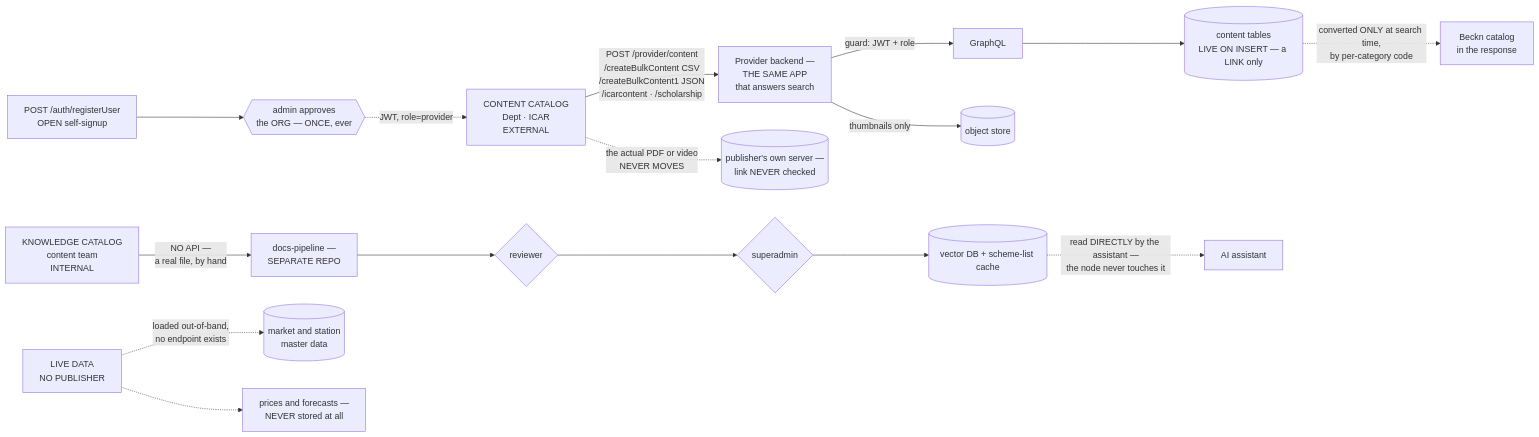
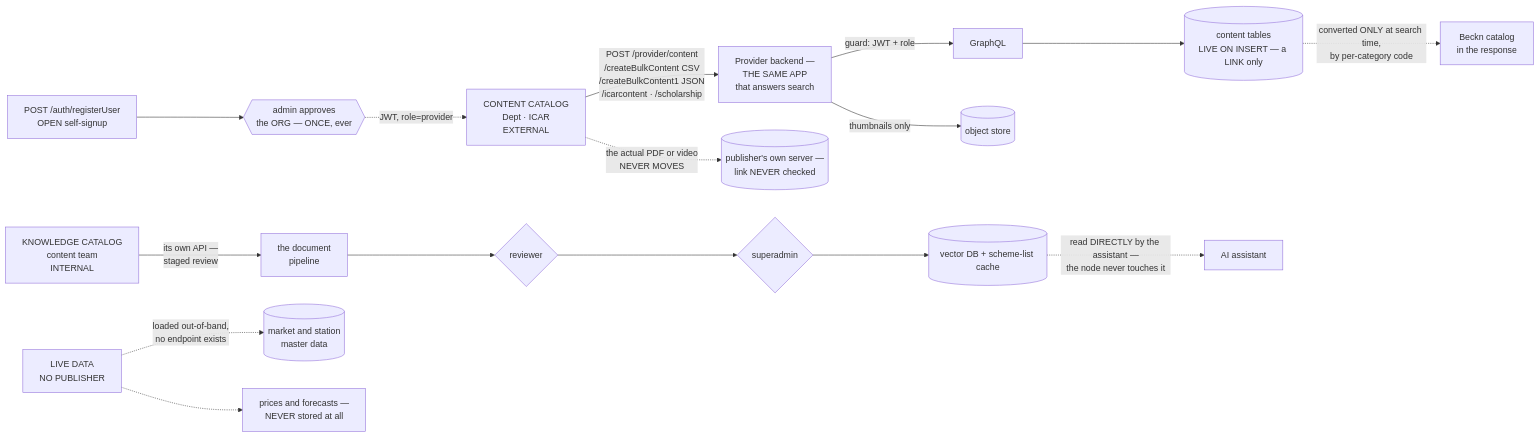
One commit to manjudr/documents changed the first of 10 diagrams in ARCHITECTURE.md. Above: the diagram before and after it, drawn with Mermaid. The commit also changed other lines of this file, not shown here.

First line of the commit message:
Correct the knowledge-catalog publish path: it has a full API

````diff
--- a/ARCHITECTURE.md
+++ b/ARCHITECTURE.md
@@ -199,19 +201,19 @@
 ```mermaid
 graph LR
   REG["POST /auth/registerUser<br/>OPEN self-signup"] --> ADM{{"admin approves<br/>the ORG — ONCE, ever"}}
   ADM -.->|"JWT, role=provider"| D
 
   D["CONTENT CATALOG<br/>Dept · ICAR<br/>EXTERNAL"] -->|"POST /provider/content<br/>/createBulkContent CSV<br/>/createBulkContent1 JSON<br/>/icarcontent · /scholarship"| API["Provider backend —<br/>THE SAME APP<br/>that answers search"]
   D -.->|"the actual PDF or video<br/>NEVER MOVES"| HOST[("publisher's own server —<br/>link NEVER checked")]
   API -->|"guard: JWT + role"| G["GraphQL"]
   G --> DB[("content tables<br/>LIVE ON INSERT — a LINK only")]
   API -->|"thumbnails only"| S3[("object store")]
   DB -.->|"converted ONLY at search time,<br/>by per-category code"| B["Beckn catalog<br/>in the response"]
 
-  T["KNOWLEDGE CATALOG<br/>content team<br/>INTERNAL"] -->|"NO API —<br/>a real file, by hand"| P["docs-pipeline —<br/>SEPARATE REPO"]
+  T["KNOWLEDGE CATALOG<br/>content team<br/>INTERNAL"] -->|"its own API —<br/>staged review"| P["the document<br/>pipeline"]
   P --> R{"reviewer"} --> SU{"superadmin"} --> V[("vector DB + scheme-list cache")]
   V -.->|"read DIRECTLY by the assistant —<br/>the node never touches it"| AI["AI assistant"]
 
   L["LIVE DATA<br/>NO PUBLISHER"] -.->|"loaded out-of-band,<br/>no endpoint exists"| GEO[("market and station<br/>master data")]
   L -.-> X["prices and forecasts —<br/>NEVER stored at all"]
 ```
````
